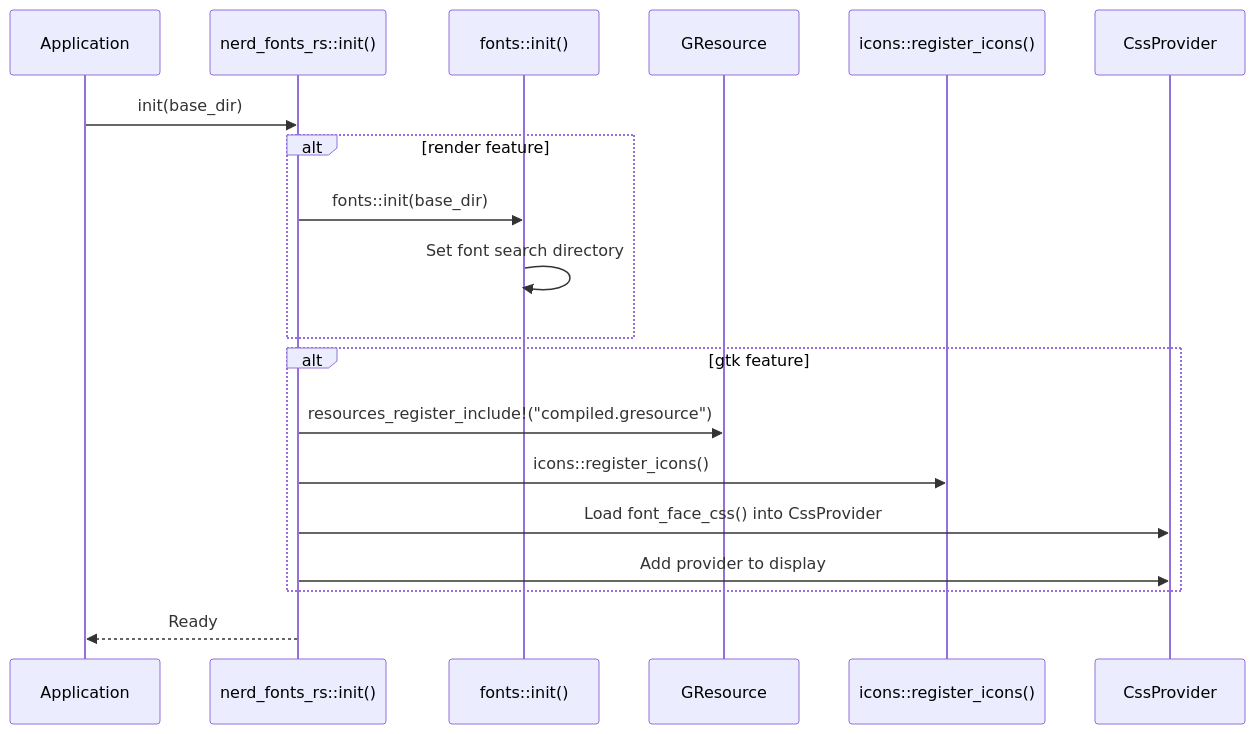
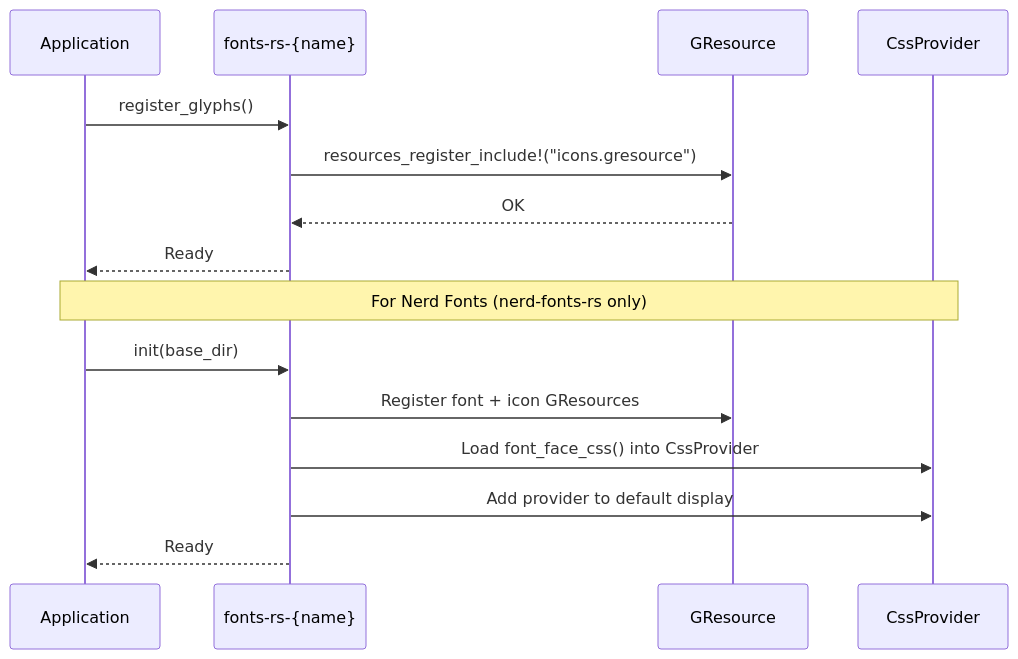
The third of 3 diagrams in book/src/architecture.md (smearor/fonts-rs), drawn with Mermaid before and after one commit. The commit also changed other lines of this file and 11 other files, not shown here.

````diff
--- a/book/src/architecture.md
+++ b/book/src/architecture.md
@@ -19,22 +127,19 @@
 ```mermaid
 sequenceDiagram
     participant App as Application
-    participant Init as nerd_fonts_rs::init()
-    participant Fonts as fonts::init()
+    participant Crate as fonts-rs-{name}
     participant GResource as GResource
-    participant Icons as icons::register_icons()
     participant CSS as CssProvider
 
-    App->>Init: init(base_dir)
-    alt render feature
-        Init->>Fonts: fonts::init(base_dir)
-        Fonts->>Fonts: Set font search directory
-    end
-    alt gtk feature
-        Init->>GResource: resources_register_include!("compiled.gresource")
-        Init->>Icons: icons::register_icons()
-        Init->>CSS: Load font_face_css() into CssProvider
-        Init->>CSS: Add provider to display
-    end
-    Init-->>App: Ready
+    App->>Crate: register_glyphs()
+    Crate->>GResource: resources_register_include!("icons.gresource")
+    GResource-->>Crate: OK
+    Crate-->>App: Ready
+
+    Note over App,CSS: For Nerd Fonts (nerd-fonts-rs only)
+    App->>Crate: init(base_dir)
+    Crate->>GResource: Register font + icon GResources
+    Crate->>CSS: Load font_face_css() into CssProvider
+    Crate->>CSS: Add provider to default display
+    Crate-->>App: Ready
 ```
````
